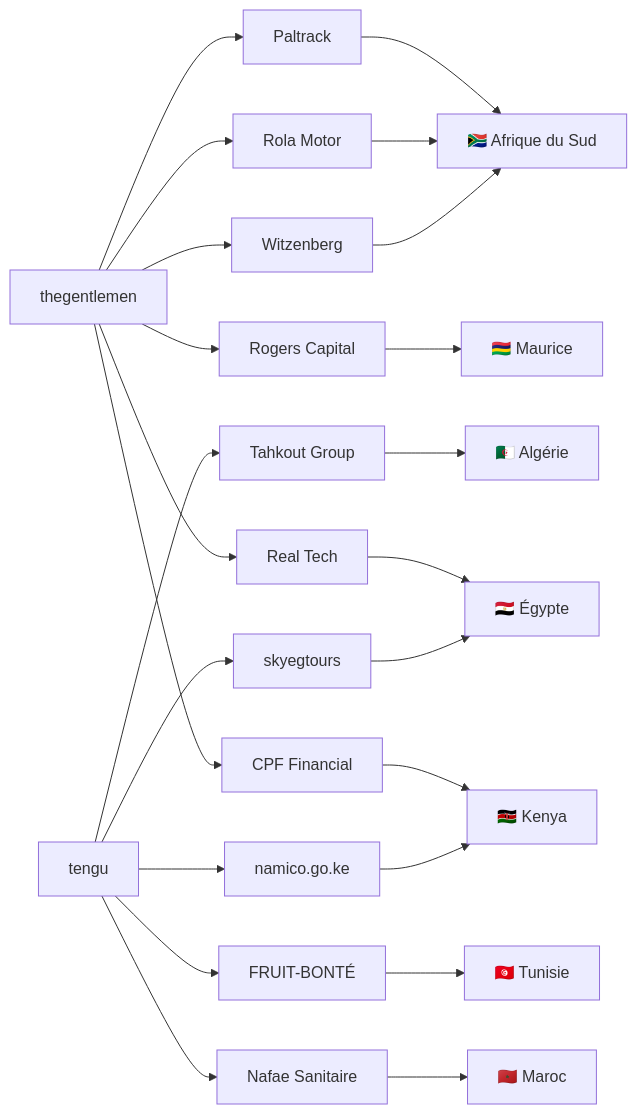
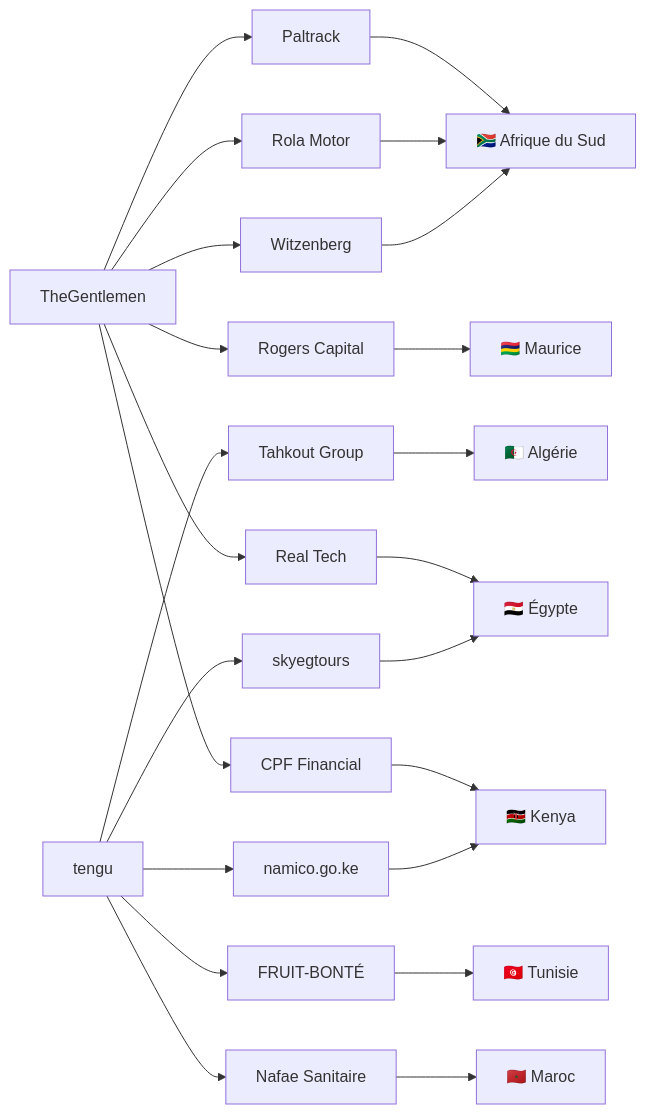
One commit to Hatchepsoute/AFRINTEL changed the third of 4 diagrams in visual-intelligence/01-january/README_FR.md. Above: the diagram before and after it, drawn with Mermaid. The commit also changed other lines of this file and 83 other files, not shown here.

````diff
--- a/visual-intelligence/01-january/README_FR.md
+++ b/visual-intelligence/01-january/README_FR.md
@@ -27,29 +27,29 @@
 ```mermaid
 flowchart LR
 
-TG[thegentlemen] --> RT[Real Tech]
+TG[TheGentlemen] --> RT[Real Tech]
 TG --> CPF[CPF Financial]
 TG --> RC[Rogers Capital]
 TG --> PAL[Paltrack]
 TG --> RM[Rola Motor]
 TG --> WIT[Witzenberg]
 
 TEN[tengu] --> NS[Nafae Sanitaire]
 TEN --> NAM[namico.go.ke]
 TEN --> FB[FRUIT-BONTÉ]
 TEN --> SKY[skyegtours]
 TEN --> TAH[Tahkout Group]
 
 RT --> EG[🇪🇬 Égypte]
 CPF --> KE[🇰🇪 Kenya]
 RC --> MU[🇲🇺 Maurice]
 PAL --> ZA[🇿🇦 Afrique du Sud]
 RM --> ZA
 WIT --> ZA
 
 NS --> MA[🇲🇦 Maroc]
 NAM --> KE
 FB --> TN[🇹🇳 Tunisie]
 SKY --> EG
 TAH --> DZ[🇩🇿 Algérie]
 ```
````
